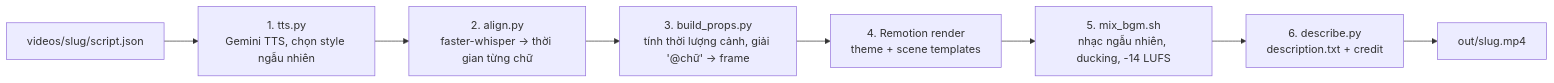
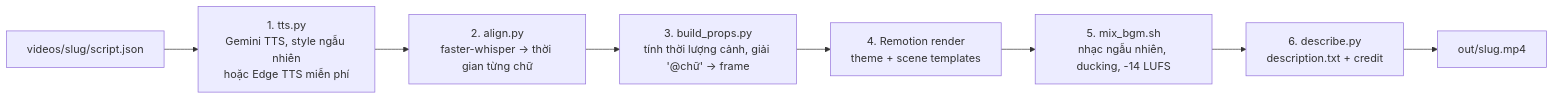
Before and after one commit to dantech0xff/dantech-video-cli: the diagram in README.md, drawn with Mermaid. The commit also changed other lines of this file and 11 other files, not shown here.

First line of the commit message:
TTS: free Edge TTS engine (no key or --tts edge), default vi-VN-NamMinhNeural +10%

````diff
--- a/README.md
+++ b/README.md
@@ -21,10 +21,10 @@
 ```mermaid
 flowchart LR
-  S[videos/slug/script.json] --> T[1. tts.py<br/>Gemini TTS, chọn style ngẫu nhiên]
+  S[videos/slug/script.json] --> T[1. tts.py<br/>Gemini TTS, style ngẫu nhiên<br/>hoặc Edge TTS miễn phí]
   T --> A[2. align.py<br/>faster-whisper → thời gian từng chữ]
   A --> P[3. build_props.py<br/>tính thời lượng cảnh, giải '@chữ' → frame]
   P --> R[4. Remotion render<br/>theme + scene templates]
   R --> M[5. mix_bgm.sh<br/>nhạc ngẫu nhiên, ducking, -14 LUFS]
   M --> D[6. describe.py<br/>description.txt + credit]
   D --> F[out/slug.mp4]
 ```
````
